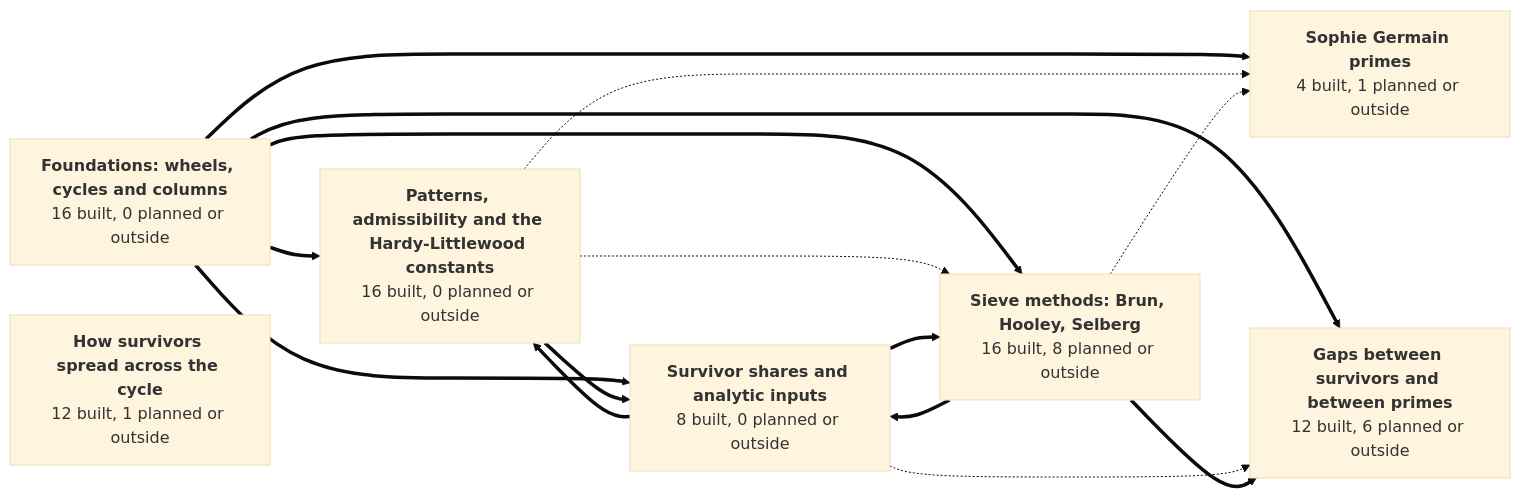
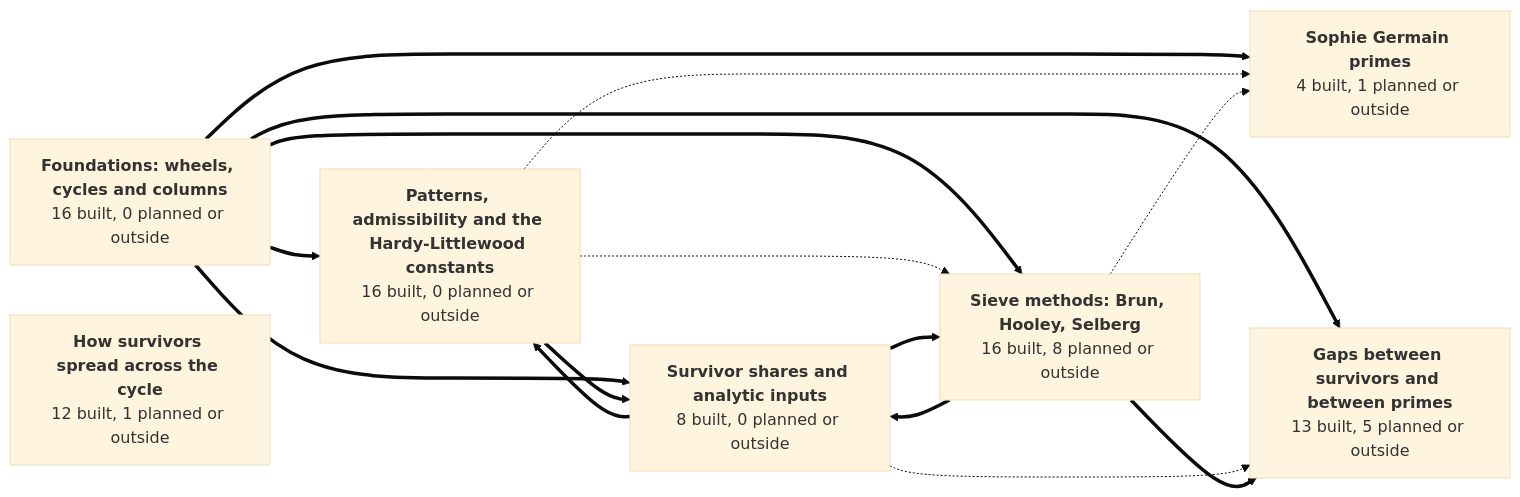
Before and after one commit to golfbum71/RNS-Sieve-Network: the first of 8 diagrams in GRAPH.md, drawn with Mermaid (base theme). The commit also changed other lines of this file and 13 other files, not shown here.

First line of the commit message:
Schnirelmann: every number from 2 on is a sum of boundedly many primes, built clean (standard axioms)

````diff
--- a/GRAPH.md
+++ b/GRAPH.md
@@ -45,31 +45,31 @@
 ```mermaid
 graph LR
   g1["<b>Foundations: wheels, cycles and columns</b><br/>16 built, 0 planned or outside"]
   g2["<b>Patterns, admissibility and the Hardy-Littlewood constants</b><br/>16 built, 0 planned or outside"]
   g3["<b>How survivors spread across the cycle</b><br/>12 built, 1 planned or outside"]
-  g4["<b>Gaps between survivors and between primes</b><br/>12 built, 6 planned or outside"]
+  g4["<b>Gaps between survivors and between primes</b><br/>13 built, 5 planned or outside"]
   g5["<b>Sophie Germain primes</b><br/>4 built, 1 planned or outside"]
   g6["<b>Survivor shares and analytic inputs</b><br/>8 built, 0 planned or outside"]
   g7["<b>Sieve methods: Brun, Hooley, Selberg</b><br/>16 built, 8 planned or outside"]
   g1 ==> g2
   g1 ==> g4
   g1 ==> g5
   g1 ==> g6
   g1 ==> g7
   g2 -.-> g5
   g2 ==> g6
   g2 -.-> g7
   g6 ==> g2
   g6 -.-> g4
   g6 ==> g7
   g7 ==> g4
   g7 -.-> g5
   g7 ==> g6
   click g1 href "https://github.com/golfbum71/RNS-Sieve-Network/blob/main/GRAPH.md#foundations-wheels-cycles-and-columns" _self
   click g2 href "https://github.com/golfbum71/RNS-Sieve-Network/blob/main/GRAPH.md#patterns-admissibility-and-the-hardy-littlewood-constants" _self
   click g3 href "https://github.com/golfbum71/RNS-Sieve-Network/blob/main/GRAPH.md#how-survivors-spread-across-the-cycle" _self
   click g4 href "https://github.com/golfbum71/RNS-Sieve-Network/blob/main/GRAPH.md#gaps-between-survivors-and-between-primes" _self
   click g5 href "https://github.com/golfbum71/RNS-Sieve-Network/blob/main/GRAPH.md#sophie-germain-primes" _self
   click g6 href "https://github.com/golfbum71/RNS-Sieve-Network/blob/main/GRAPH.md#survivor-shares-and-analytic-inputs" _self
   click g7 href "https://github.com/golfbum71/RNS-Sieve-Network/blob/main/GRAPH.md#sieve-methods-brun-hooley-selberg" _self
 ```
````
